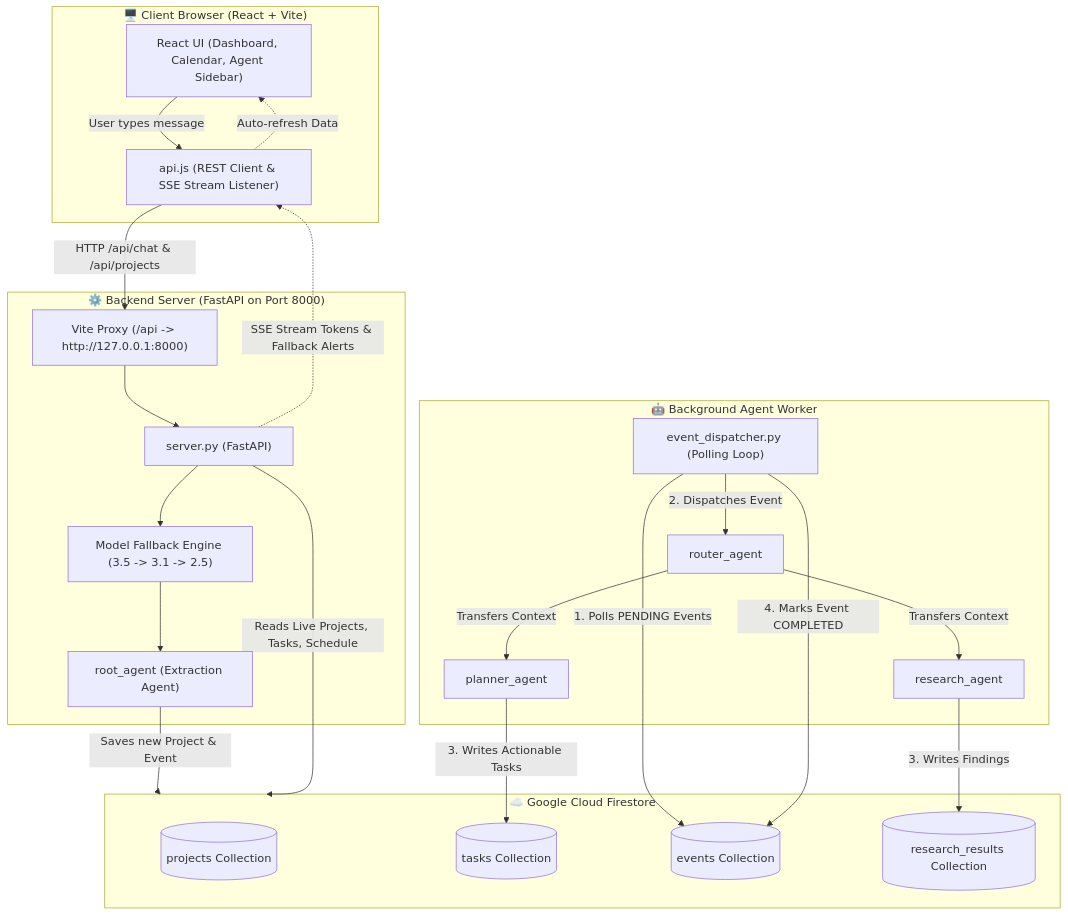
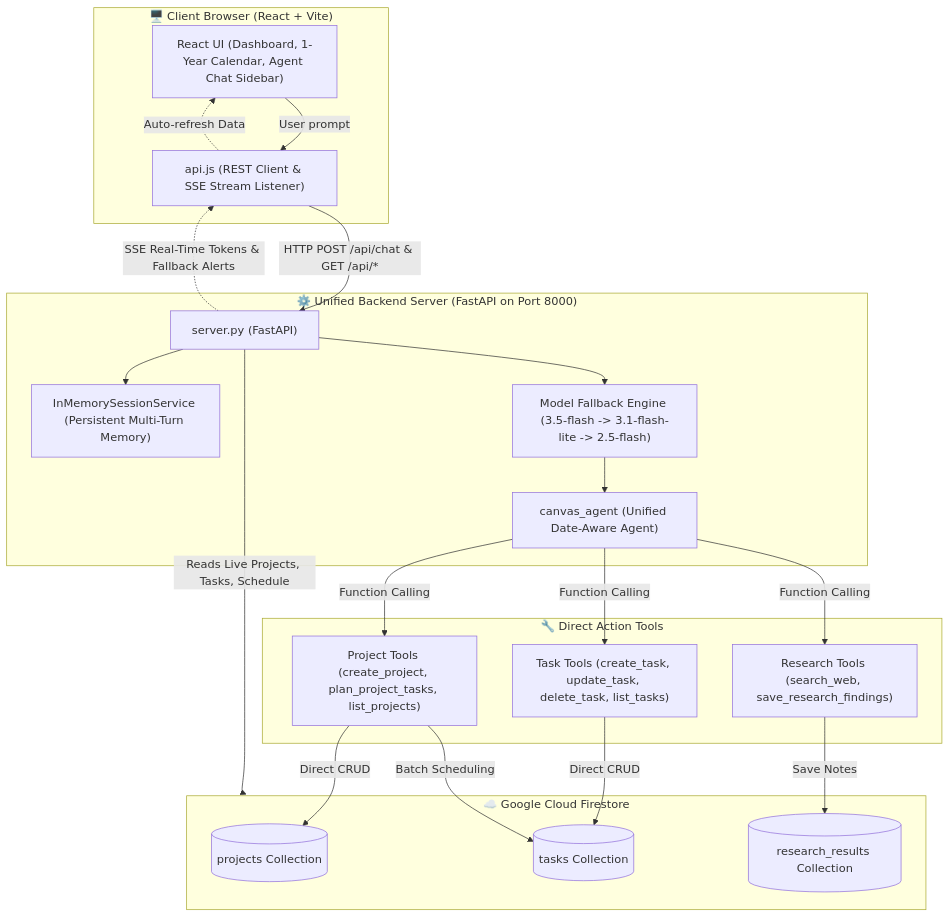
Before and after one commit to DheerajBishnoi/cognitive_canvas: the diagram in ARCHITECTURE_AND_DATA_FLOW.md, drawn with Mermaid. The commit also changed other lines of this file, not shown here.

Commit message:
docs: update architecture guide to v2

````diff
--- a/ARCHITECTURE_AND_DATA_FLOW.md
+++ b/ARCHITECTURE_AND_DATA_FLOW.md
@@ -26,52 +29,51 @@
 ```mermaid
 flowchart TD
     subgraph Browser["🖥️ Client Browser (React + Vite)"]
-        UI["React UI (Dashboard, Calendar, Agent Sidebar)"]
+        UI["React UI (Dashboard, 1-Year Calendar, Agent Chat Sidebar)"]
         API_CLIENT["api.js (REST Client & SSE Stream Listener)"]
     end
 
-    subgraph Backend["⚙️ Backend Server (FastAPI on Port 8000)"]
-        PROXY["Vite Proxy (/api -> http://127.0.0.1:8000)"]
+    subgraph Backend["⚙️ Unified Backend Server (FastAPI on Port 8000)"]
         FASTAPI["server.py (FastAPI)"]
-        CASCADE["Model Fallback Engine (3.5 -> 3.1 -> 2.5)"]
-        ROOT_AGENT["root_agent (Extraction Agent)"]
+        SESSION_MGR["InMemorySessionService (Persistent Multi-Turn Memory)"]
+        CASCADE["Model Fallback Engine (3.5-flash -> 3.1-flash-lite -> 2.5-flash)"]
+        AGENT["canvas_agent (Unified Date-Aware Agent)"]
+    end
+
+    subgraph Tools["🔧 Direct Action Tools"]
+        TASK_TOOLS["Task Tools (create_task, update_task, delete_task, list_tasks)"]
+        PROJECT_TOOLS["Project Tools (create_project, plan_project_tasks, list_projects)"]
+        RESEARCH_TOOLS["Research Tools (search_web, save_research_findings)"]
     end
 
     subgraph Database["☁️ Google Cloud Firestore"]
         COL_PROJECTS[("projects Collection")]
         COL_TASKS[("tasks Collection")]
-        COL_EVENTS[("events Collection")]
         COL_RESEARCH[("research_results Collection")]
     end
 
-    subgraph BackgroundWorker["🤖 Background Agent Worker"]
-        DISPATCHER["event_dispatcher.py (Polling Loop)"]
-        ROUTER["router_agent"]
-        PLANNER["planner_agent"]
-        RESEARCHER["research_agent"]
-    end
+    %% Client to Server Flow
+    UI -->|User prompt| API_CLIENT
+    API_CLIENT -->|HTTP POST /api/chat & GET /api/*| FASTAPI
 
-    %% Client to Server Flow
-    UI -->|User types message| API_CLIENT
-    API_CLIENT -->|HTTP /api/chat & /api/projects| PROXY
-    PROXY --> FASTAPI
+    %% Server to Agent Flow
+    FASTAPI --> SESSION_MGR
+    FASTAPI --> CASCADE
+    CASCADE --> AGENT
 
-    %% Server to Agents & DB
-    FASTAPI --> CASCADE
-    CASCADE --> ROOT_AGENT
-    ROOT_AGENT -->|Saves new Project & Event| Database
+    %% Agent directly invokes tools
+    AGENT -->|Function Calling| TASK_TOOLS
+    AGENT -->|Function Calling| PROJECT_TOOLS
+    AGENT -->|Function Calling| RESEARCH_TOOLS
 
-    %% Background Processing
-    DISPATCHER -->|1. Polls PENDING Events| COL_EVENTS
-    DISPATCHER -->|2. Dispatches Event| ROUTER
-    ROUTER -->|Transfers Context| PLANNER
-    ROUTER -->|Transfers Context| RESEARCHER
-    PLANNER -->|3. Writes Actionable Tasks| COL_TASKS
-    RESEARCHER -->|3. Writes Findings| COL_RESEARCH
-    DISPATCHER -->|4. Marks Event COMPLETED| COL_EVENTS
+    %% Tools write directly to DB
+    TASK_TOOLS -->|Direct CRUD| COL_TASKS
+    PROJECT_TOOLS -->|Direct CRUD| COL_PROJECTS
+    PROJECT_TOOLS -->|Batch Scheduling| COL_TASKS
+    RESEARCH_TOOLS -->|Save Notes| COL_RESEARCH
 
-    %% Data Sync back to UI
+    %% Live updates back to UI
     FASTAPI -->|Reads Live Projects, Tasks, Schedule| Database
-    FASTAPI -.->|SSE Stream Tokens & Fallback Alerts| API_CLIENT
+    FASTAPI -.->|SSE Real-Time Tokens & Fallback Alerts| API_CLIENT
     API_CLIENT -.->|Auto-refresh Data| UI
 ```
````
